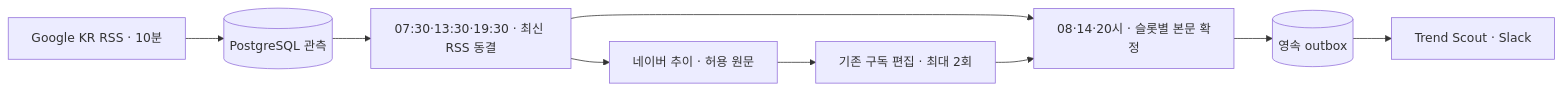
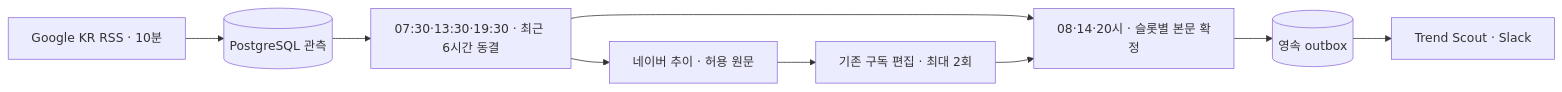
Before and after one commit to JJongAchii/quant-ai-company: the diagram in docs/trend-feed.md, drawn with Mermaid. The commit also changed other lines of this file and 23 other files, not shown here.

````diff
--- a/docs/trend-feed.md
+++ b/docs/trend-feed.md
@@ -71,10 +78,10 @@
 ```mermaid
 flowchart LR
     G[Google KR RSS · 10분] --> P[(PostgreSQL 관측)]
-    P --> F[07:30·13:30·19:30 · 최신 RSS 동결]
+    P --> F[07:30·13:30·19:30 · 최근 6시간 동결]
     F --> N[네이버 추이 · 허용 원문]
     N --> E[기존 구독 편집 · 최대 2회]
     F --> D[08·14·20시 · 슬롯별 본문 확정]
     E --> D
     D --> O[(영속 outbox)] --> S[Trend Scout · Slack]
 ```
````
